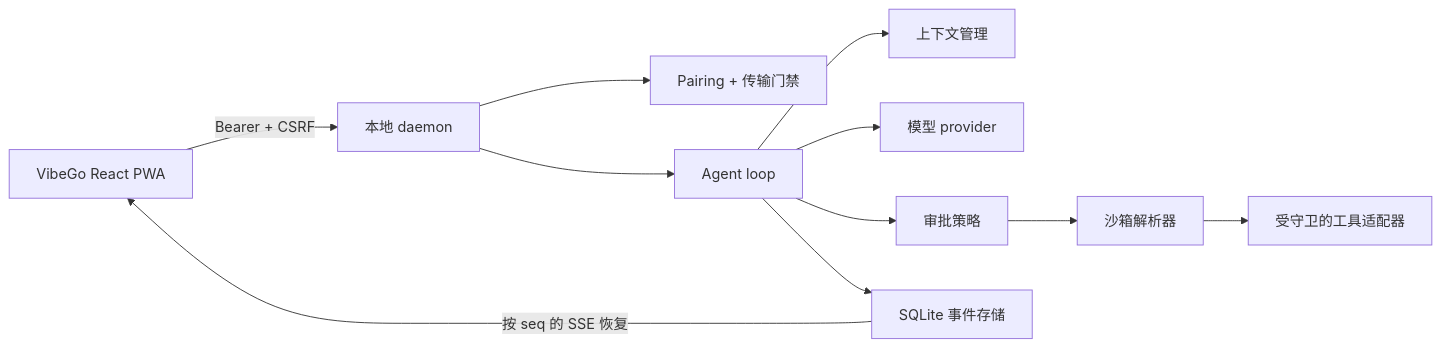
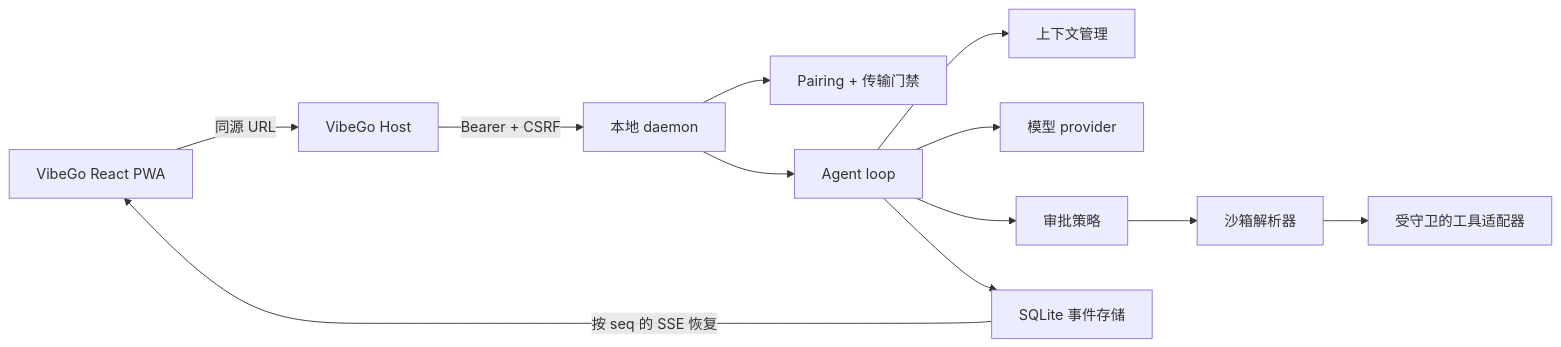
Before and after one commit to stlin256/VibeGo: the diagram in README-zh.md, drawn with Mermaid. The commit also changed other lines of this file and 4 other files, not shown here.

````diff
--- a/README-zh.md
+++ b/README-zh.md
@@ -17,13 +17,14 @@
 ```mermaid
 flowchart LR
-    Browser["VibeGo React PWA"] -->|"Bearer + CSRF"| Daemon["本地 daemon"]
+    Browser["VibeGo React PWA"] -->|"同源 URL"| Host["VibeGo Host"]
+    Host -->|"Bearer + CSRF"| Daemon["本地 daemon"]
     Daemon --> Auth["Pairing + 传输门禁"]
     Daemon --> Loop["Agent loop"]
     Loop --> Context["上下文管理"]
     Loop --> Model["模型 provider"]
     Loop --> Policy["审批策略"]
     Policy --> Sandbox["沙箱解析器"]
     Sandbox --> Tools["受守卫的工具适配器"]
     Loop --> Events["SQLite 事件存储"]
     Events -->|"按 seq 的 SSE 恢复"| Browser
 ```
````
